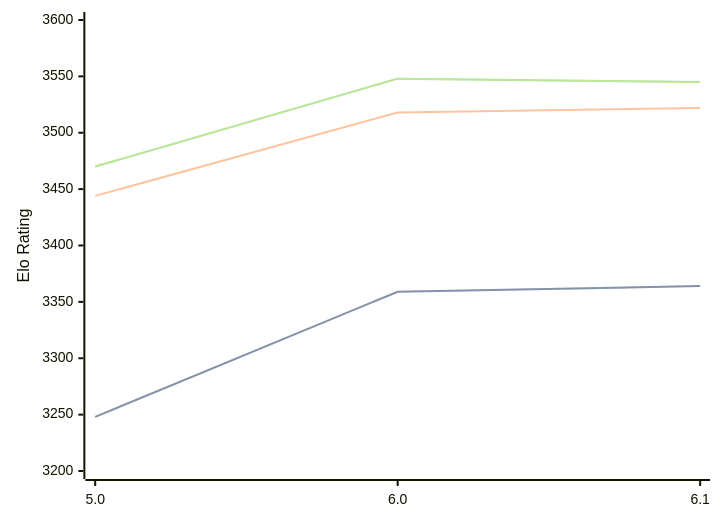
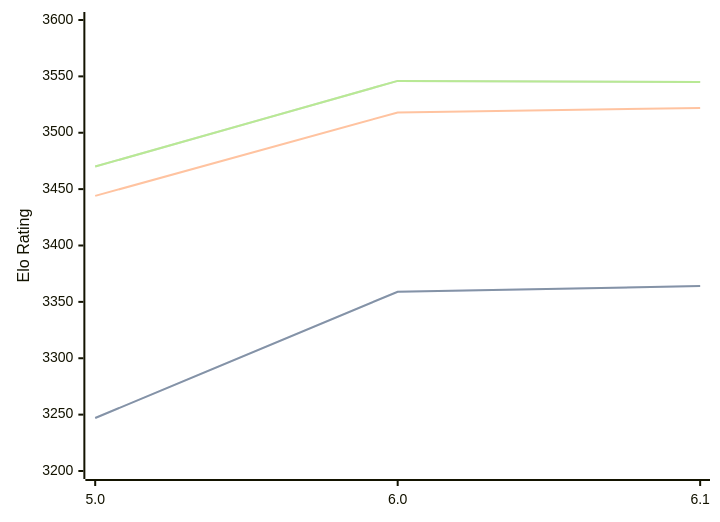
Before and after one commit to computer-chess-index/cci: the diagram in engines/Starzix.md, drawn with Mermaid. The commit also changed other lines of this file, not shown here.

Commit message:
Update CCI Ratings (ELO VLTC) - 2026-03-17

````diff
--- a/engines/Starzix.md
+++ b/engines/Starzix.md
@@ -35,11 +35,11 @@
 ```mermaid
 %%{init: {"theme":"base","themeVariables":{"seriesColors:['#a3a3a3','#222221','#faa371']}}}%%
 xychart-beta
   x-axis ["5.0", "6.0", "6.1"]
   y-axis "Elo Rating" 3200 --> 3600
-  line "STC (8.0+0.08s)" [3248, 3359, 3364]
-  line "STC (8.0+0.08s)" [3248, 3359, 3364]
+  line "STC (8.0+0.08s)" [3247, 3359, 3364]
+  line "STC (8.0+0.08s)" [3247, 3359, 3364]
   line "LTC (60.0+0.60s)" [3444, 3518, 3522]
-  line "VLTC (2m24s+1.12s)" [3470, 3548, 3545]
-  line "VLTC (2m24s+1.12s)" [3470, 3548, 3545]
+  line "VLTC (2m24s+1.12s)" [3470, 3546, 3545]
+  line "VLTC (2m24s+1.12s)" [3470, 3546, 3545]
 ```
````
